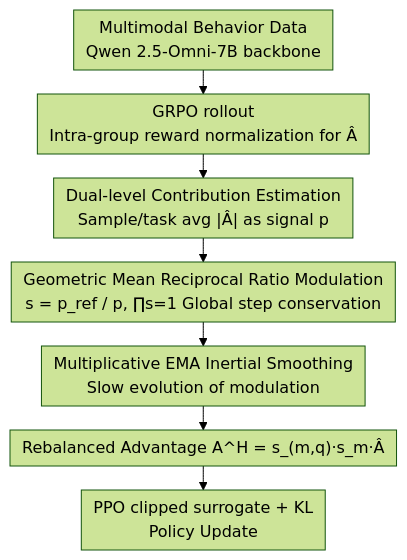
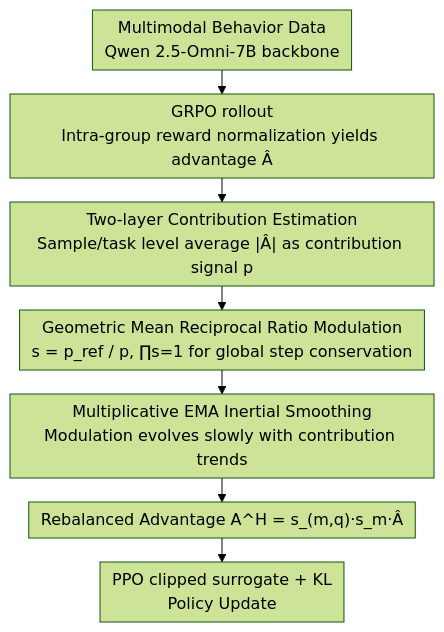
The diagram in docs/ICML2026/interpretability/omnisapiens_a_foundation_model_for_social_behavior_processing_via_heterogeneity-.md (zhaoyang97/Paper-Notes-en), drawn with Mermaid (forest theme) before and after one commit. The commit also changed other lines of this file and 5084 other files, not shown here.

````diff
--- a/docs/ICML2026/interpretability/omnisapiens_a_foundation_model_for_social_behavior_processing_via_heterogeneity-.md
+++ b/docs/ICML2026/interpretability/omnisapiens_a_foundation_model_for_social_behavior_processing_via_heterogeneity-.md
@@ -42,10 +42,10 @@
 ```mermaid
 %%{init: {'flowchart': {'rankSpacing': 24, 'nodeSpacing': 28, 'padding': 6, 'wrappingWidth': 400}}}%%
 flowchart TD
-    A["Multimodal Behavior Data<br/>Qwen 2.5-Omni-7B backbone"] --> B["GRPO rollout<br/>Intra-group reward normalization for Â"]
-    B --> C["Dual-level Contribution Estimation<br/>Sample/task avg |Â| as signal p"]
-    C --> D["Geometric Mean Reciprocal Ratio Modulation<br/>s = p_ref / p, ∏s=1 Global step conservation"]
-    D --> E["Multiplicative EMA Inertial Smoothing<br/>Slow evolution of modulation"]
+    A["Multimodal Behavior Data<br/>Qwen 2.5-Omni-7B backbone"] --> B["GRPO rollout<br/>Intra-group reward normalization yields advantage Â"]
+    B --> C["Two-layer Contribution Estimation<br/>Sample/task level average |Â| as contribution signal p"]
+    C --> D["Geometric Mean Reciprocal Ratio Modulation<br/>s = p_ref / p, ∏s=1 for global step conservation"]
+    D --> E["Multiplicative EMA Inertial Smoothing<br/>Modulation evolves slowly with contribution trends"]
     E --> F["Rebalanced Advantage A^H = s_(m,q)·s_m·Â"]
     F --> G["PPO clipped surrogate + KL<br/>Policy Update"]
 ```
````
